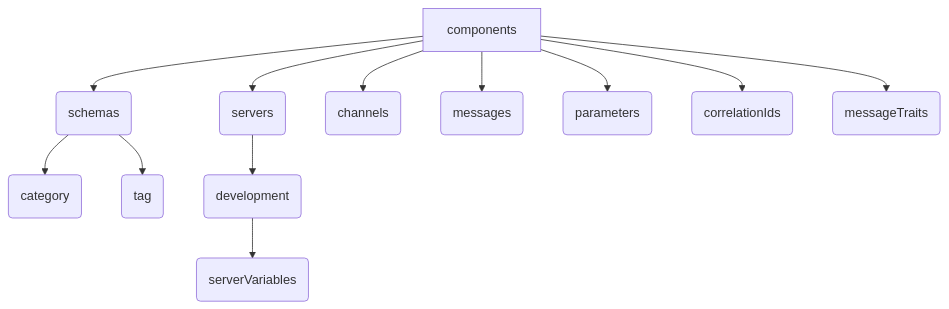
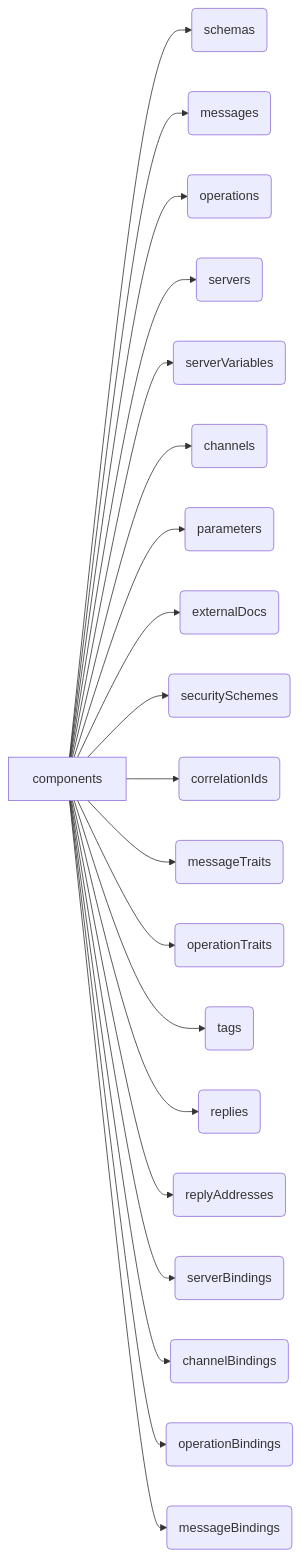
One commit to asyncapi/website changed the sixth of 6 diagrams in pages/docs/concepts/asyncapi-document/structure.md. Above: the diagram before and after it, drawn with Mermaid. The commit also changed other lines of this file, not shown here.

````diff
--- a/pages/docs/concepts/asyncapi-document/structure.md
+++ b/pages/docs/concepts/asyncapi-document/structure.md
@@ -368,27 +377,43 @@
 ```mermaid
-graph 
+graph LR
   A[components]
   B(schemas)
-  C(category)
-  D(tag)
+  C(messages)
+  D(serverVariables)
+  E(replies)
+  F(replyAddresses)
   G(servers)
-  H(development)
-  I(serverVariables)
+  H(operations)
+  I(securitySchemes)
+  J(tags)
+  K(operationTraits)
   L(channels)
-  P(messages)
+  M(serverBindings)
+  N(channelBindings)
+  O(operationBindings)
+  R(messageBindings)
+  P(externalDocs)
   U(parameters)
   W(correlationIds)
   Y(messageTraits)
 
   A --> B
-  B --> C
-  B --> D
+  A --> C
+  A --> H
   A --> G
-  G --> H
-  H --> I
+  A --> D
   A --> L
+  A --> U
   A --> P
-  A --> U
+  A --> I
   A --> W
   A --> Y
+  A --> K
+  A --> J
+  A --> E
+  A --> F
+  A --> M
+  A --> N
+  A --> O
+  A --> R
 ```
````
